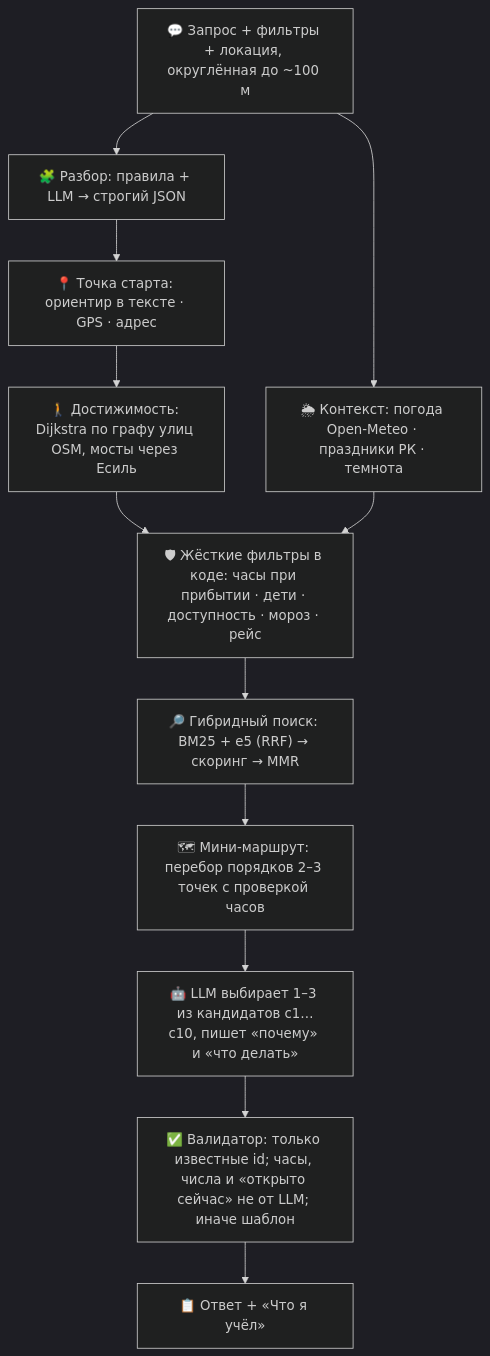
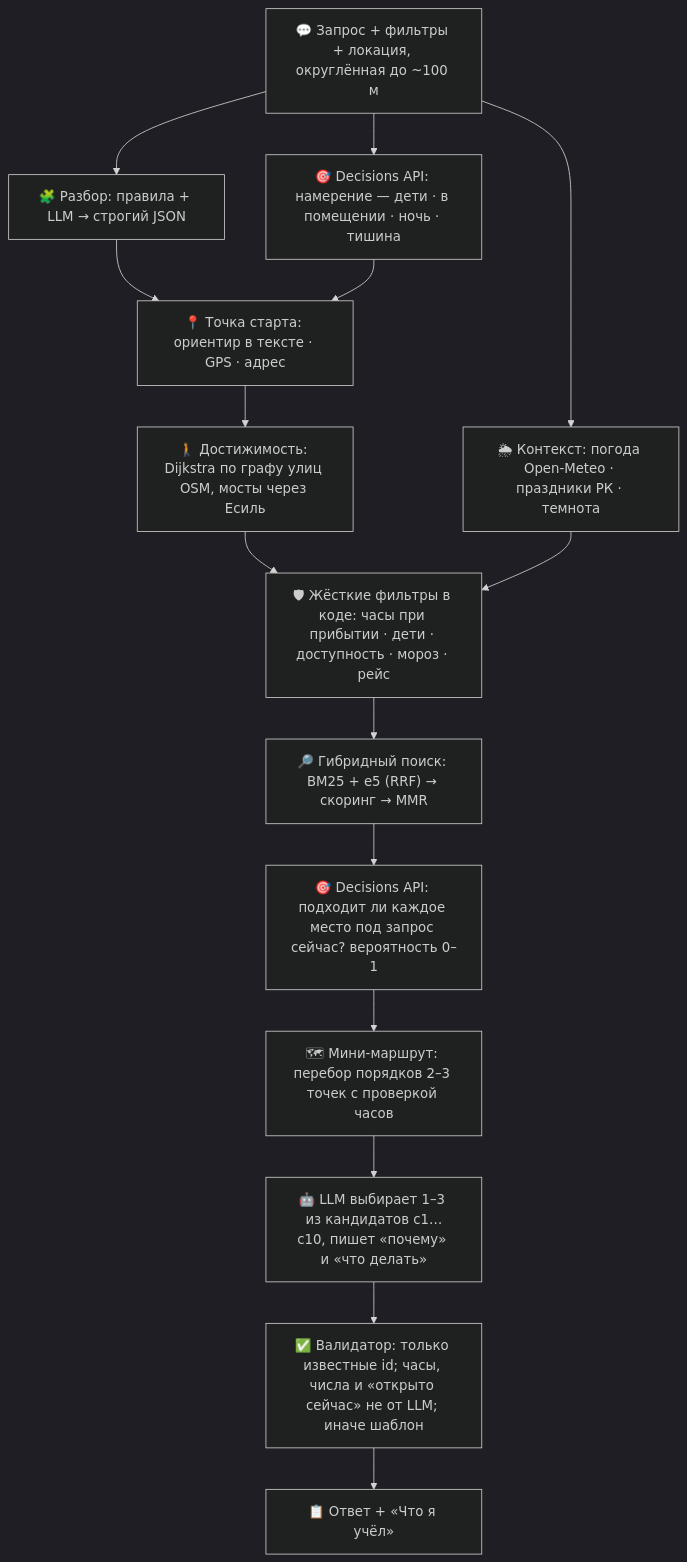
One commit to Abegerov4/SeruendeshAI changed the diagram in README.md. Above: the diagram before and after it, drawn with Mermaid (dark theme). The commit also changed other lines of this file and 31 other files, not shown here.

````diff
--- a/README.md
+++ b/README.md
@@ -122,14 +128,17 @@
 ```mermaid
 flowchart TD
   Q["💬 Запрос + фильтры + локация, округлённая до ~100 м"] --> P["🧩 Разбор: правила + LLM → строгий JSON"]
   Q --> C["🌦 Контекст: погода Open-Meteo · праздники РК · темнота"]
+  Q --> J1["🎯 Decisions API: намерение — дети · в помещении · ночь · тишина"]
   P --> S["📍 Точка старта: ориентир в тексте · GPS · адрес"]
+  J1 --> S
   S --> G["🚶 Достижимость: Dijkstra по графу улиц OSM, мосты через Есиль"]
   G --> F["🛡 Жёсткие фильтры в коде: часы при прибытии · дети · доступность · мороз · рейс"]
   C --> F
   F --> R["🔎 Гибридный поиск: BM25 + e5 (RRF) → скоринг → MMR"]
-  R --> M["🗺 Мини-маршрут: перебор порядков 2–3 точек с проверкой часов"]
+  R --> J2["🎯 Decisions API: подходит ли каждое место под запрос сейчас? вероятность 0–1"]
+  J2 --> M["🗺 Мини-маршрут: перебор порядков 2–3 точек с проверкой часов"]
   M --> L["🤖 LLM выбирает 1–3 из кандидатов c1…c10, пишет «почему» и «что делать»"]
   L --> V["✅ Валидатор: только известные id; часы, числа и «открыто сейчас» не от LLM; иначе шаблон"]
   V --> A["📋 Ответ + «Что я учёл»"]
 ```
````
